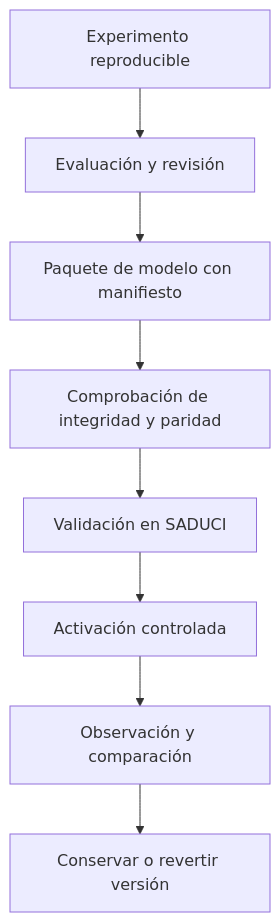
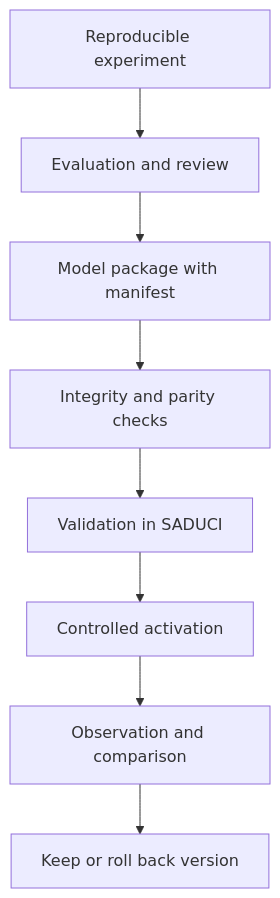
One commit to acferriol/Intensive-Care-Hidden-Mortality changed the second of 2 diagrams in IntegracionSADUCI2026.md. Above: the diagram before and after it, drawn with Mermaid. The commit also changed other lines of this file and 1 other file, not shown here.

Commit message:
docs: translate project and SADUCI integration reports into English

````diff
--- a/IntegracionSADUCI2026.md
+++ b/IntegracionSADUCI2026.md
@@ -196,10 +196,10 @@
 ```mermaid
 flowchart TD
-    E[Experimento reproducible] --> V[Evaluación y revisión]
-    V --> P[Paquete de modelo con manifiesto]
-    P --> C[Comprobación de integridad y paridad]
-    C --> Q[Validación en SADUCI]
-    Q --> R[Activación controlada]
-    R --> O[Observación y comparación]
-    O --> A[Conservar o revertir versión]
+    E[Reproducible experiment] --> V[Evaluation and review]
+    V --> P[Model package with manifest]
+    P --> C[Integrity and parity checks]
+    C --> Q[Validation in SADUCI]
+    Q --> R[Controlled activation]
+    R --> O[Observation and comparison]
+    O --> A[Keep or roll back version]
 ```
````
